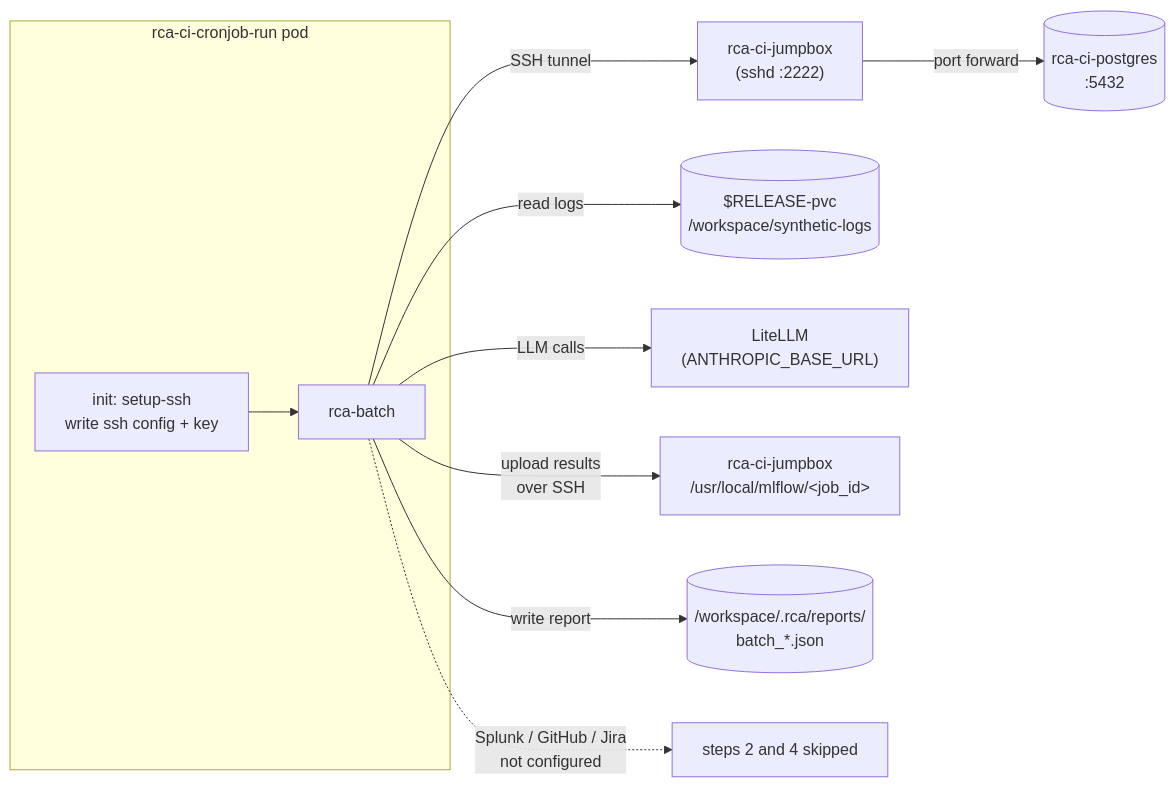
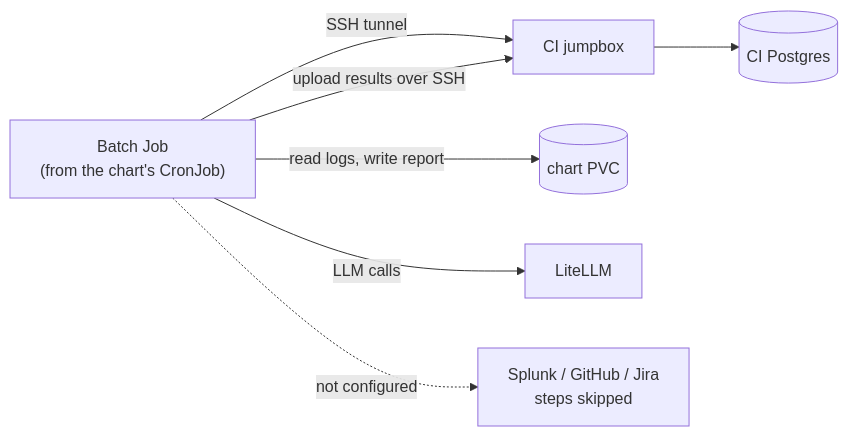
Before and after one commit to rhpds/aap2-rca-agent: the fourth of 4 diagrams in docs/ci-flow.md, drawn with Mermaid. The commit also changed other lines of this file, not shown here.

Commit message:
docs: simplify the flow diagram for the CI

````diff
--- a/docs/ci-flow.md
+++ b/docs/ci-flow.md
@@ -105,13 +74,9 @@
 ```mermaid
 flowchart LR
-    subgraph Job["rca-ci-cronjob-run pod"]
-        INIT["init: setup-ssh<br/>write ssh config + key"] --> MAIN["rca-batch"]
-    end
-    MAIN -- "SSH tunnel" --> JB["rca-ci-jumpbox<br/>(sshd :2222)"]
-    JB -- "port forward" --> PG[("rca-ci-postgres<br/>:5432")]
-    MAIN -- "read logs" --> PVC[("$RELEASE-pvc<br/>/workspace/synthetic-logs")]
-    MAIN -- "LLM calls" --> LLM["LiteLLM<br/>(ANTHROPIC_BASE_URL)"]
-    MAIN -- "upload results<br/>over SSH" --> JB2["rca-ci-jumpbox<br/>/usr/local/mlflow/&lt;job_id&gt;"]
-    MAIN -- "write report" --> REP[("/workspace/.rca/reports/<br/>batch_*.json")]
-    MAIN -. "Splunk / GitHub / Jira<br/>not configured" .-> SKIPPED[steps 2 and 4 skipped]
+    JOB["Batch Job<br/>(from the chart's CronJob)"] -- "SSH tunnel" --> JB["CI jumpbox"]
+    JB --> PG[("CI Postgres")]
+    JOB -- "upload results over SSH" --> JB
+    JOB -- "read logs, write report" --> PVC[("chart PVC")]
+    JOB -- "LLM calls" --> LLM["LiteLLM"]
+    JOB -. "not configured" .-> SKIPPED["Splunk / GitHub / Jira<br/>steps skipped"]
 ```
````
